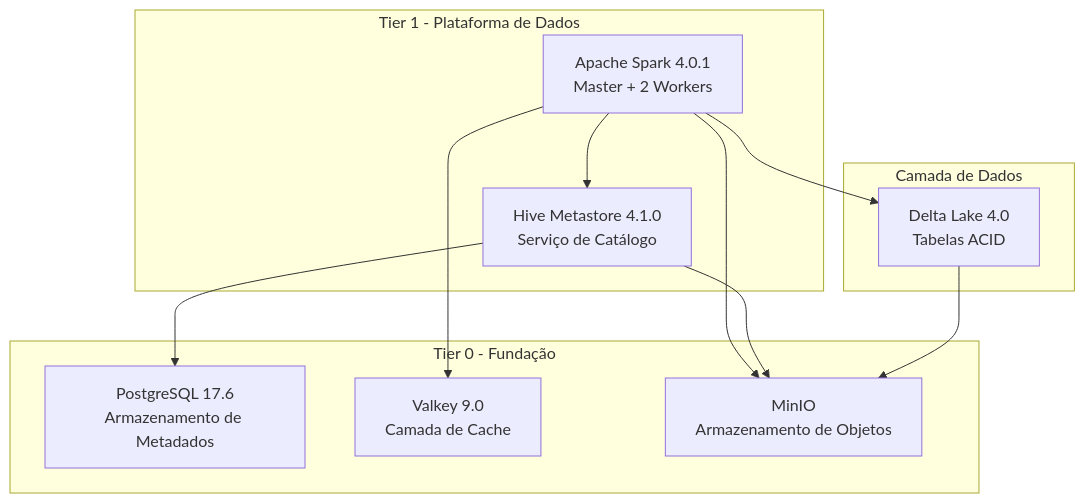
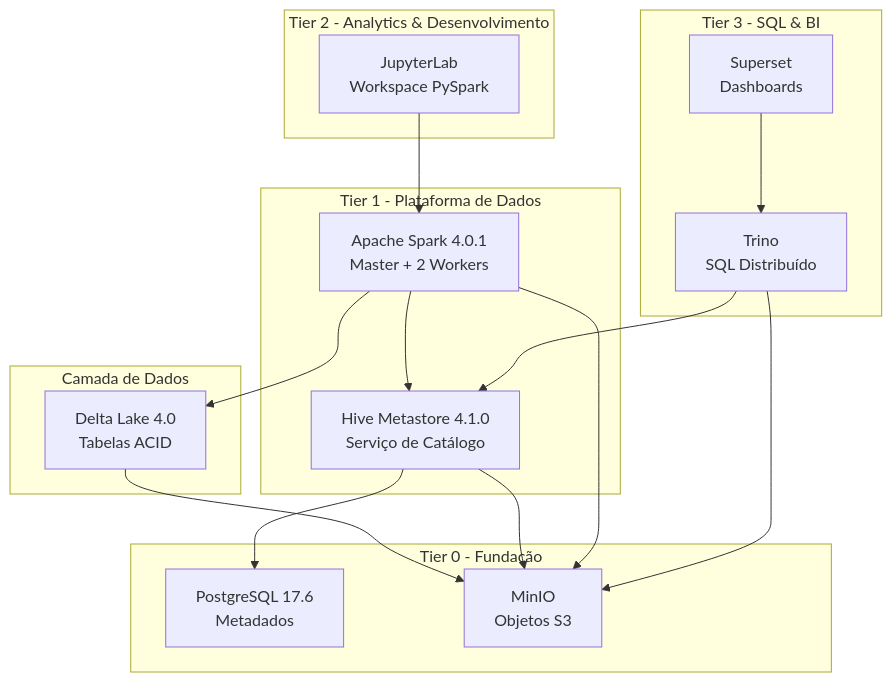
Before and after one commit to P-Bao/FlumenData: the diagram in README_PT.md, drawn with Mermaid. The commit also changed other lines of this file and 42 other files, not shown here.

````diff
--- a/README_PT.md
+++ b/README_PT.md
@@ -33,25 +35,36 @@
 ```mermaid
 graph TB
     subgraph "Tier 1 - Plataforma de Dados"
         SPARK[Apache Spark 4.0.1<br/>Master + 2 Workers]
         HIVE[Hive Metastore 4.1.0<br/>Serviço de Catálogo]
     end
 
     subgraph "Tier 0 - Fundação"
-        POSTGRES[PostgreSQL 17.6<br/>Armazenamento de Metadados]
-        VALKEY[Valkey 9.0<br/>Camada de Cache]
-        MINIO[MinIO<br/>Armazenamento de Objetos]
+        POSTGRES[PostgreSQL 17.6<br/>Metadados]
+        MINIO[MinIO<br/>Objetos S3]
     end
 
     subgraph "Camada de Dados"
         DELTA[Delta Lake 4.0<br/>Tabelas ACID]
+    end
+
+    subgraph "Tier 2 - Analytics & Desenvolvimento"
+        JUPYTER[JupyterLab<br/>Workspace PySpark]
+    end
+
+    subgraph "Tier 3 - SQL & BI"
+        TRINO[Trino<br/>SQL Distribuído]
+        SUPERSET[Superset<br/>Dashboards]
     end
 
     SPARK --> HIVE
     SPARK --> DELTA
     DELTA --> MINIO
     HIVE --> POSTGRES
     HIVE --> MINIO
-    SPARK --> VALKEY
     SPARK --> MINIO
+    JUPYTER --> SPARK
+    TRINO --> HIVE
+    TRINO --> MINIO
+    SUPERSET --> TRINO
 ```
````
